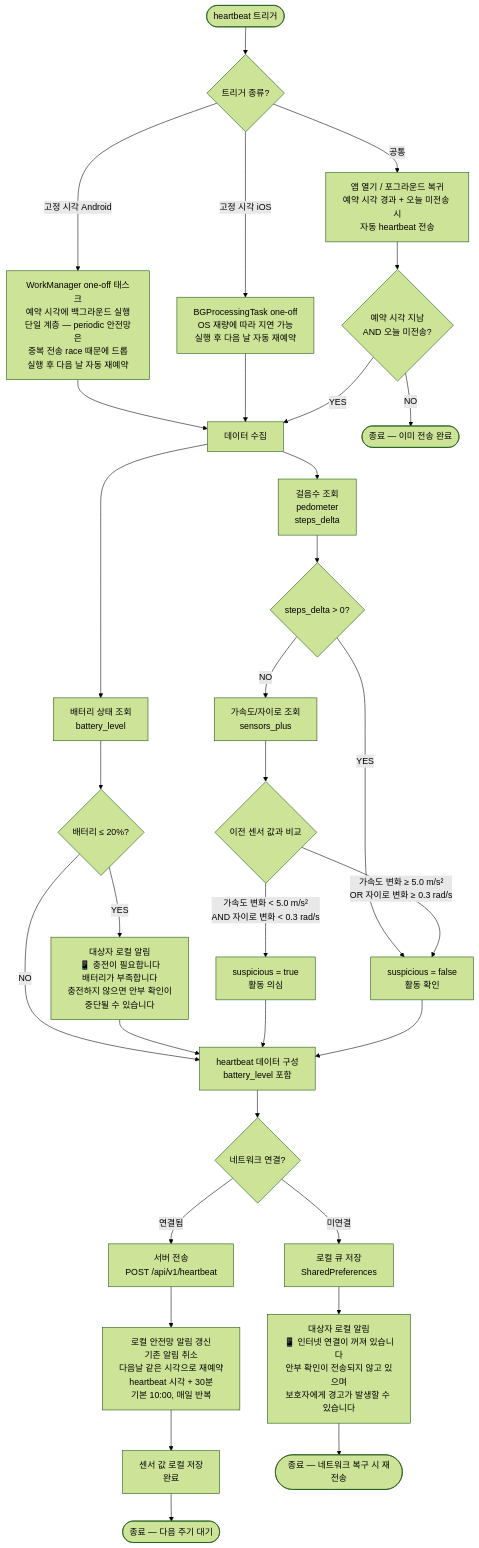
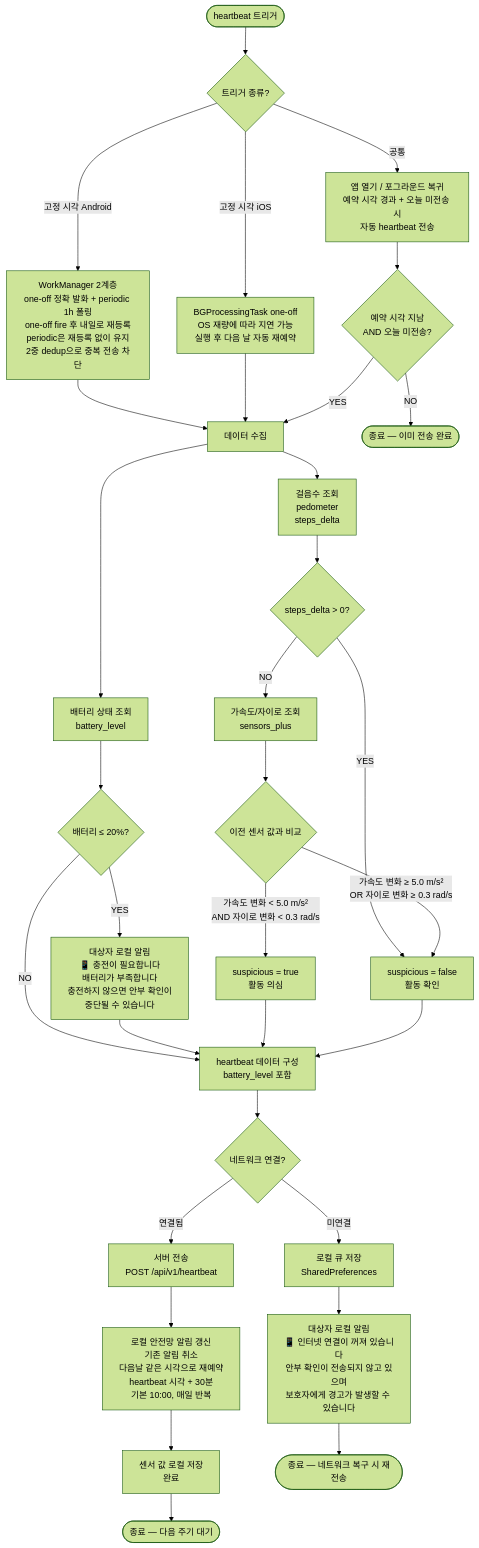
The first of 8 diagrams in .claude/rules/heartbeat_flowchart.md (l10s18bok/kr.co.anbucheck), drawn with Mermaid (forest theme) before and after one commit. The commit also changed other lines of this file and 2 other files, not shown here.

First line of the commit message:
문서: WorkManager 2계층(one-off + periodic 1h) 안전망 반영

````diff
--- a/.claude/rules/heartbeat_flowchart.md
+++ b/.claude/rules/heartbeat_flowchart.md
@@ -25,54 +25,54 @@
 ```mermaid
 flowchart TD
     Start([heartbeat 트리거])
     Start --> Trigger
 
     Trigger{트리거 종류?}
-    Trigger -->|고정 시각 Android| WM[WorkManager one-off 태스크<br/>예약 시각에 백그라운드 실행<br/>단일 계층 — periodic 안전망은<br/>중복 전송 race 때문에 드롭<br/>실행 후 다음 날 자동 재예약]
+    Trigger -->|고정 시각 Android| WM[WorkManager 2계층<br/>one-off 정확 발화 + periodic 1h 폴링<br/>one-off fire 후 내일로 재등록<br/>periodic은 재등록 없이 유지<br/>2중 dedup으로 중복 전송 차단]
     Trigger -->|고정 시각 iOS| BG[BGProcessingTask one-off<br/>OS 재량에 따라 지연 가능<br/>실행 후 다음 날 자동 재예약]
     Trigger -->|공통| FG[앱 열기 / 포그라운드 복귀<br/>예약 시각 경과 + 오늘 미전송 시<br/>자동 heartbeat 전송]
 
     WM --> Collect
     BG --> Collect
     FG --> FGCheck{예약 시각 지남<br/>AND 오늘 미전송?}
     FGCheck -->|YES| Collect
     FGCheck -->|NO| End0([종료 — 이미 전송 완료])
 
     Collect[데이터 수집]
     Collect --> Steps[걸음수 조회<br/>pedometer<br/>steps_delta]
     Collect --> Battery[배터리 상태 조회<br/>battery_level]
 
     Steps --> StepsCheck{steps_delta > 0?}
     StepsCheck -->|YES| Normal[suspicious = false<br/>활동 확인]
     StepsCheck -->|NO| Sensor[가속도/자이로 조회<br/>sensors_plus]
 
     Sensor --> Compare{이전 센서 값과 비교}
     Compare -->|가속도 변화 < 5.0 m/s²<br/>AND 자이로 변화 < 0.3 rad/s| Suspicious[suspicious = true<br/>활동 의심]
     Compare -->|가속도 변화 ≥ 5.0 m/s²<br/>OR 자이로 변화 ≥ 0.3 rad/s| Normal
 
     Battery --> BattCheck{배터리 ≤ 20%?}
     BattCheck -->|YES| SubjectNoti[대상자 로컬 알림<br/>📱 충전이 필요합니다<br/>배터리가 부족합니다<br/>충전하지 않으면 안부 확인이<br/>중단될 수 있습니다]
     BattCheck -->|NO| Build
 
     SubjectNoti --> Build
 
     Suspicious --> Build
     Normal --> Build
 
     Build[heartbeat 데이터 구성<br/>battery_level 포함]
 
     Build --> Network{네트워크 연결?}
 
     Network -->|연결됨| Send[서버 전송<br/>POST /api/v1/heartbeat]
     Network -->|미연결| Queue[로컬 큐 저장<br/>SharedPreferences]
 
     Queue --> LocalNoti1[대상자 로컬 알림<br/>📱 인터넷 연결이 꺼져 있습니다<br/>안부 확인이 전송되지 않고 있으며<br/>보호자에게 경고가 발생할 수 있습니다]
 
     Send --> AlarmReset[로컬 안전망 알림 갱신<br/>기존 알림 취소<br/>다음날 같은 시각으로 재예약<br/>heartbeat 시각 + 30분<br/>기본 10:00, 매일 반복]
 
     AlarmReset --> SaveEnd[센서 값 로컬 저장<br/>완료]
 
     SaveEnd --> End1([종료 — 다음 주기 대기])
 
     LocalNoti1 --> End2([종료 — 네트워크 복구 시 재전송])
 ```
````
